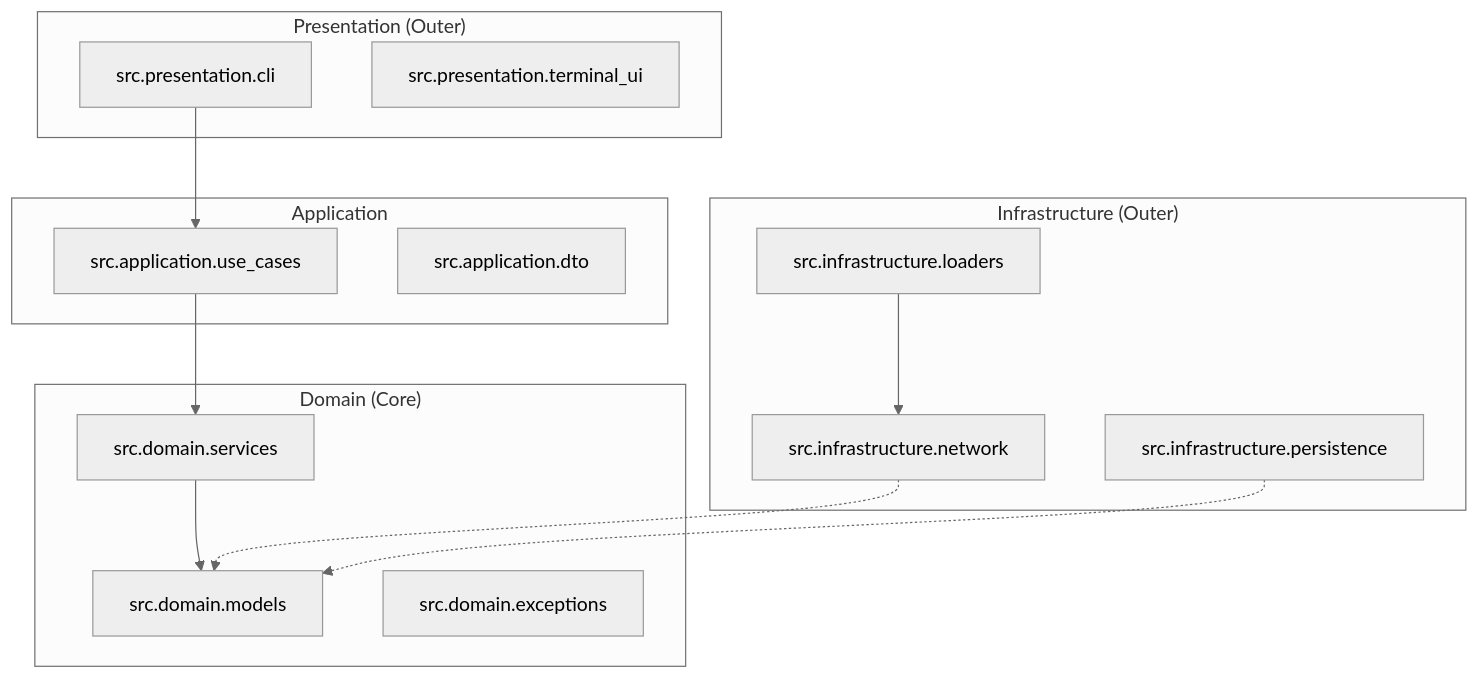
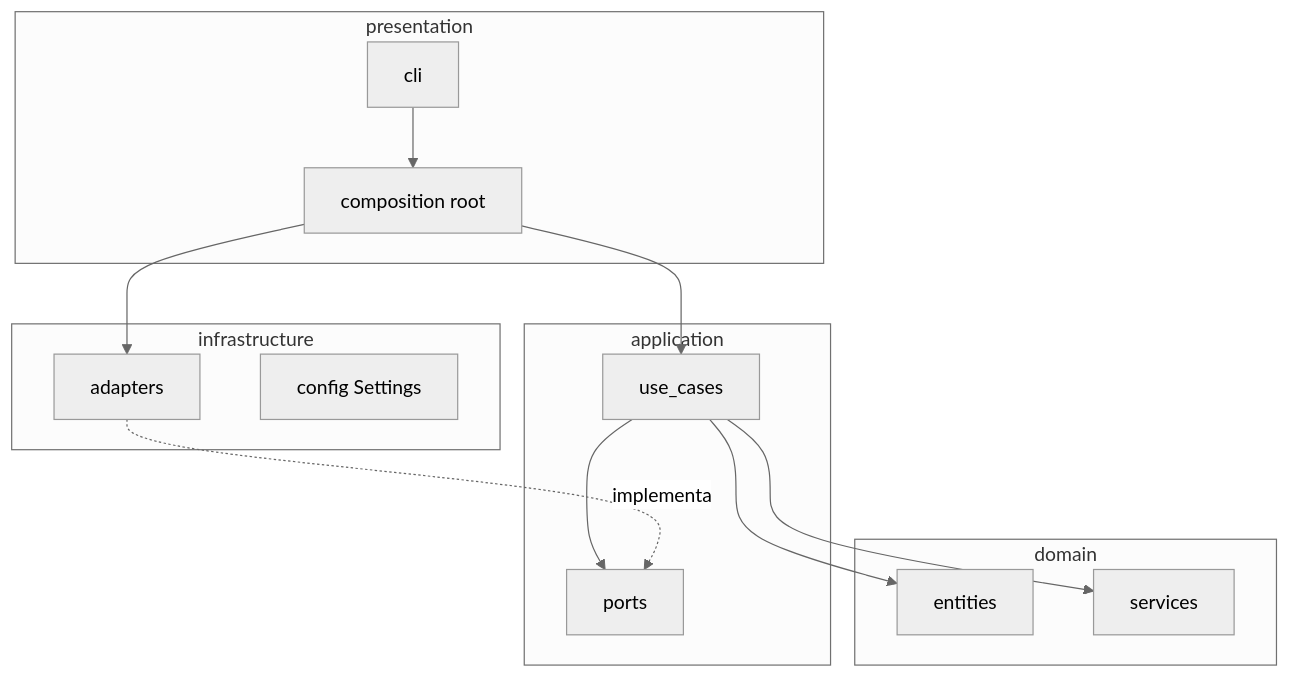
Before and after one commit to victorh-silveira/supabase-recon: the diagram in docs/arquitetura.md, drawn with Mermaid (neutral theme). The commit also changed other lines of this file and 114 other files, not shown here.

````diff
--- a/docs/arquitetura.md
+++ b/docs/arquitetura.md
@@ -11,31 +7,26 @@
 ```mermaid
-graph TD
-    subgraph "Presentation (Outer)"
-        CLI[src.presentation.cli]
-        UI[src.presentation.terminal_ui]
-    end
-
-    subgraph "Application"
-        UC[src.application.use_cases]
-        DTO[src.application.dto]
-    end
-
-    subgraph "Domain (Core)"
-        Models[src.domain.models]
-        Services[src.domain.services]
-        Exceptions[src.domain.exceptions]
-    end
-
-    subgraph "Infrastructure (Outer)"
-        HTTP[src.infrastructure.network]
-        Repo[src.infrastructure.persistence]
-        Loaders[src.infrastructure.loaders]
-    end
-
-    CLI --> UC
-    UC --> Services
-    Services --> Models
-    HTTP -.-> Models
-    Repo -.-> Models
-    Loaders --> HTTP
+flowchart TB
+  subgraph presentation [presentation]
+    CLI[cli]
+    Root[composition root]
+  end
+  subgraph application [application]
+    UC[use_cases]
+    Ports[ports]
+  end
+  subgraph domain [domain]
+    Ent[entities]
+    Svc[services]
+  end
+  subgraph infrastructure [infrastructure]
+    Adapters[adapters]
+    Cfg[config Settings]
+  end
+  CLI --> Root
+  Root --> UC
+  Root --> Adapters
+  UC --> Ports
+  UC --> Ent
+  UC --> Svc
+  Adapters -.->|implementa| Ports
 ```
````
